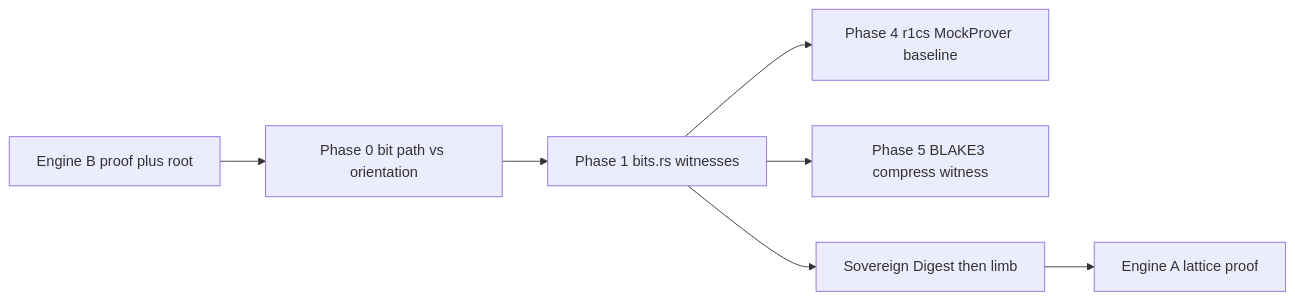
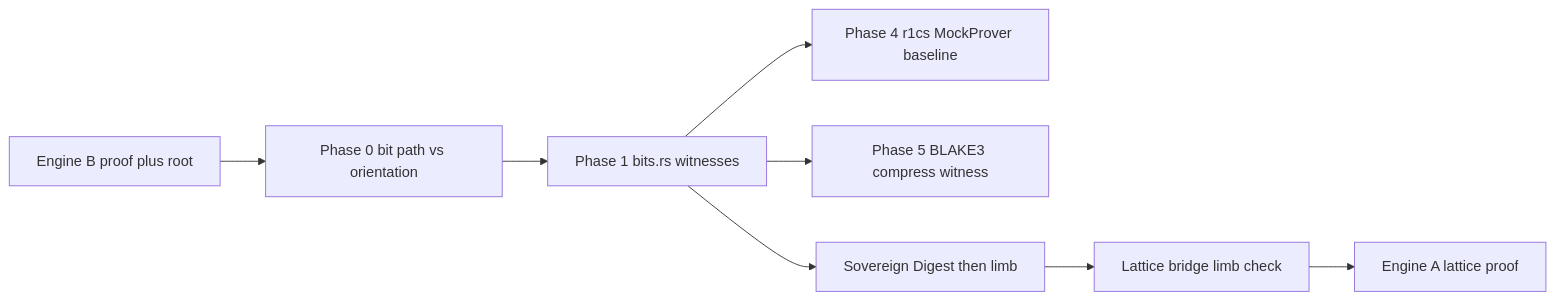
One commit to peavey2787/qssm-rs changed the diagram in docs/blake3-lattice-gadget-rust-plan.md. Above: the diagram before and after it, drawn with Mermaid. The commit also changed other lines of this file and 15 other files, not shown here.

````diff
--- a/docs/blake3-lattice-gadget-rust-plan.md
+++ b/docs/blake3-lattice-gadget-rust-plan.md
@@ -96,13 +97,14 @@
 ```mermaid
 flowchart LR
   MS[Engine B proof plus root]
   P0[Phase 0 bit path vs orientation]
   Bits[Phase 1 bits.rs witnesses]
   R4[Phase 4 r1cs MockProver baseline]
   P5[Phase 5 BLAKE3 compress witness]
   SD[Sovereign Digest then limb]
+  LB[Lattice bridge limb check]
   LE[Engine A lattice proof]
-  MS --> P0 --> Bits --> SD --> LE
+  MS --> P0 --> Bits --> SD --> LB --> LE
   Bits --> R4
   Bits --> P5
 ```
````
